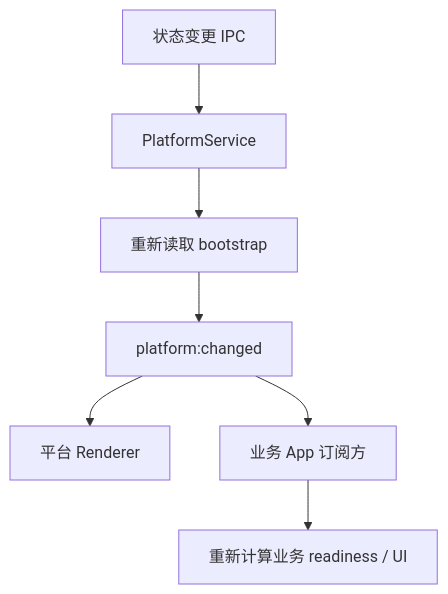
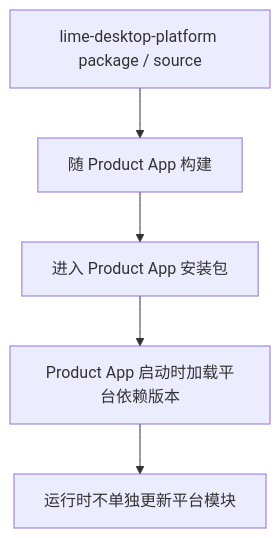
Diagram 13 of 20 in docs/v1/architecture-diagrams.md (limecloud/lime-desktop-platform), drawn with Mermaid before and after one commit. The commit also changed other lines of this file and 85 other files, not shown here.

Commit message:
chore: release desktop platform v0.1.3

````diff
--- a/docs/v1/architecture-diagrams.md
+++ b/docs/v1/architecture-diagrams.md
@@ -220,9 +359,7 @@
 ```mermaid
 flowchart TD
-  IPC[状态变更 IPC] --> Service[PlatformService]
-  Service --> Bootstrap[重新读取 bootstrap]
-  Bootstrap --> Event[platform:changed]
-  Event --> Renderer[平台 Renderer]
-  Event --> App[业务 App 订阅方]
-  App --> Recalc[重新计算业务 readiness / UI]
+  PlatformPkg[lime-desktop-platform package / source] --> Build[随 Product App 构建]
+  Build --> Bundle[进入 Product App 安装包]
+  Bundle --> Runtime[Product App 启动时加载平台依赖版本]
+  Runtime --> NoRuntimeInstall[运行时不单独更新平台模块]
 ```
````
